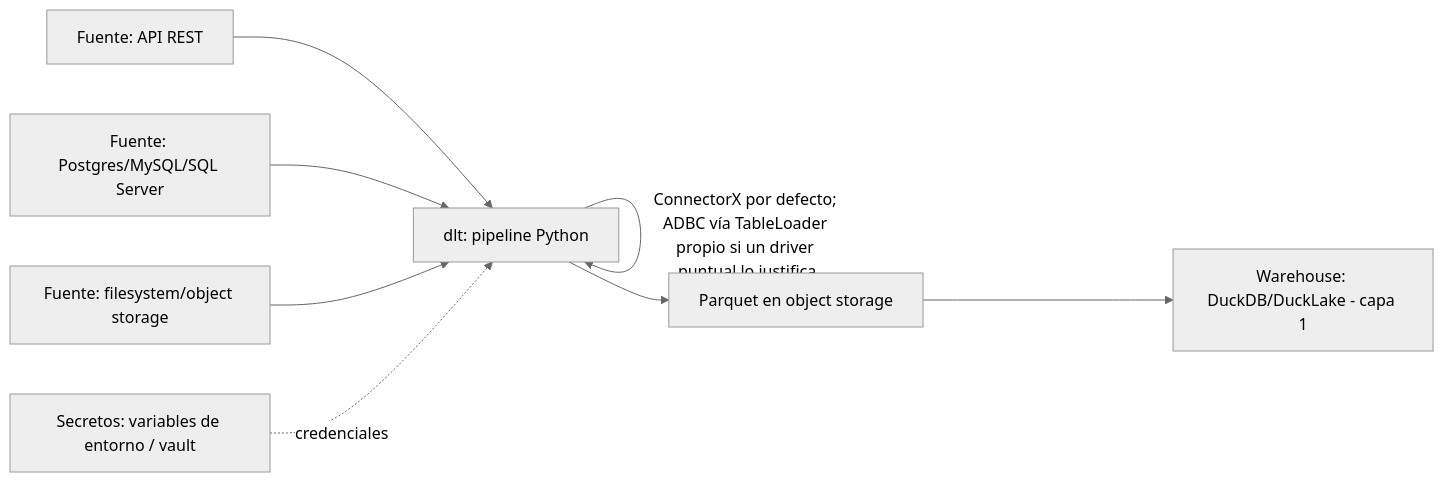
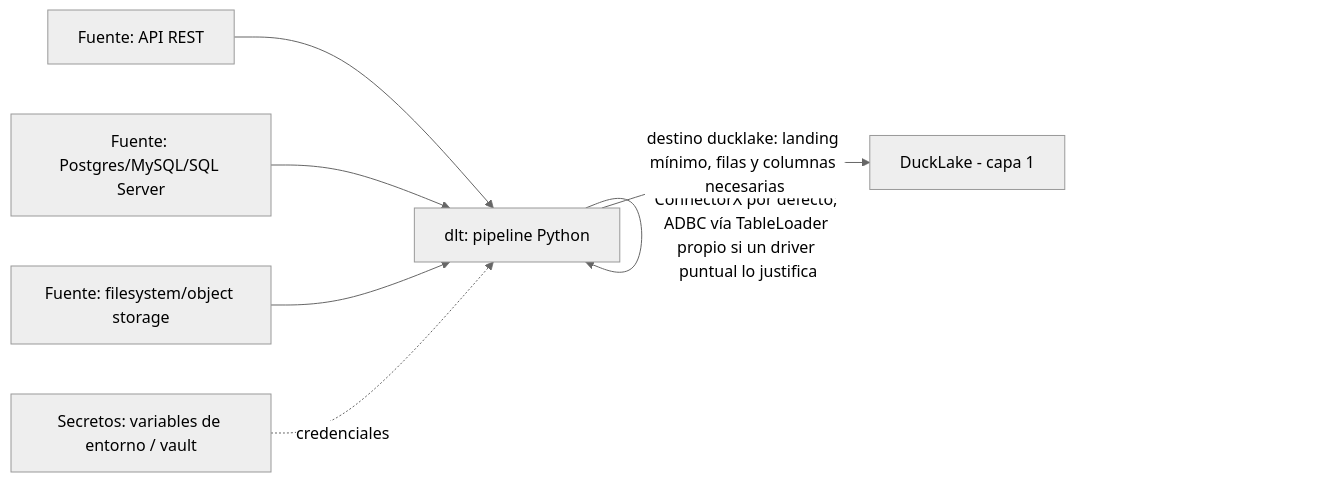
The diagram in docs/03-ingesta.md (eribertocz/atlasbi), drawn with Mermaid (neutral theme) before and after one commit. The commit also changed other lines of this file and 12 other files, not shown here.

````diff
--- a/docs/03-ingesta.md
+++ b/docs/03-ingesta.md
@@ -87,10 +91,9 @@
 ```mermaid
 flowchart LR
     A[Fuente: API REST] --> D[dlt: pipeline Python]
     B[Fuente: Postgres/MySQL/SQL Server] --> D
     C[Fuente: filesystem/object storage] --> D
     D -->|ConnectorX por defecto; ADBC vía TableLoader propio si un driver puntual lo justifica| D
-    D --> E[Parquet en object storage]
-    E --> F[Warehouse: DuckDB/DuckLake - capa 1]
+    D -->|destino ducklake: landing mínimo, filas y columnas necesarias| F[DuckLake - capa 1]
     G[Secretos: variables de entorno / vault] -.credenciales.-> D
 ```
````
